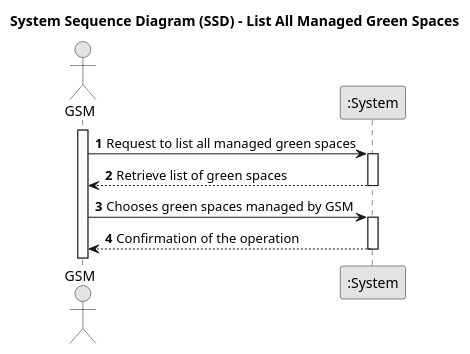
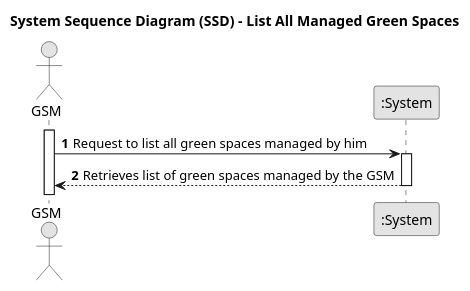
Before and after one commit to Departamento-de-Engenharia-Informatica/lei-24-s2-1df-1de-g063: the diagram in docs/SprintC/us27/01.requirements-engineering/puml/us027-system-sequence-diagram-alternative-one.puml, drawn with PlantUML. The commit also changed 25 other files, not shown here.

```diff
--- a/docs/SprintC/us27/01.requirements-engineering/puml/us027-system-sequence-diagram-alternative-one.puml
+++ b/docs/SprintC/us27/01.requirements-engineering/puml/us027-system-sequence-diagram-alternative-one.puml
@@ -1,27 +1,21 @@
 @startuml
 skinparam monochrome true
 skinparam packageStyle rectangle
 skinparam shadowing false
 
 title System Sequence Diagram (SSD) - List All Managed Green Spaces
 
 autonumber
 
 actor "GSM" as Employee
 participant ":System" as System
 
 activate Employee
 
-    Employee -> System : Request to list all managed green spaces
+    Employee -> System : Request to list all green spaces managed by him
     activate System
 
-        System --> Employee : Retrieve list of green spaces
-    deactivate System
-
-    Employee -> System : Chooses green spaces managed by GSM
-    activate System
-
-        System --> Employee : Confirmation of the operation
+        System --> Employee : Retrieves list of green spaces managed by the GSM
     deactivate System
 
 @enduml
```
